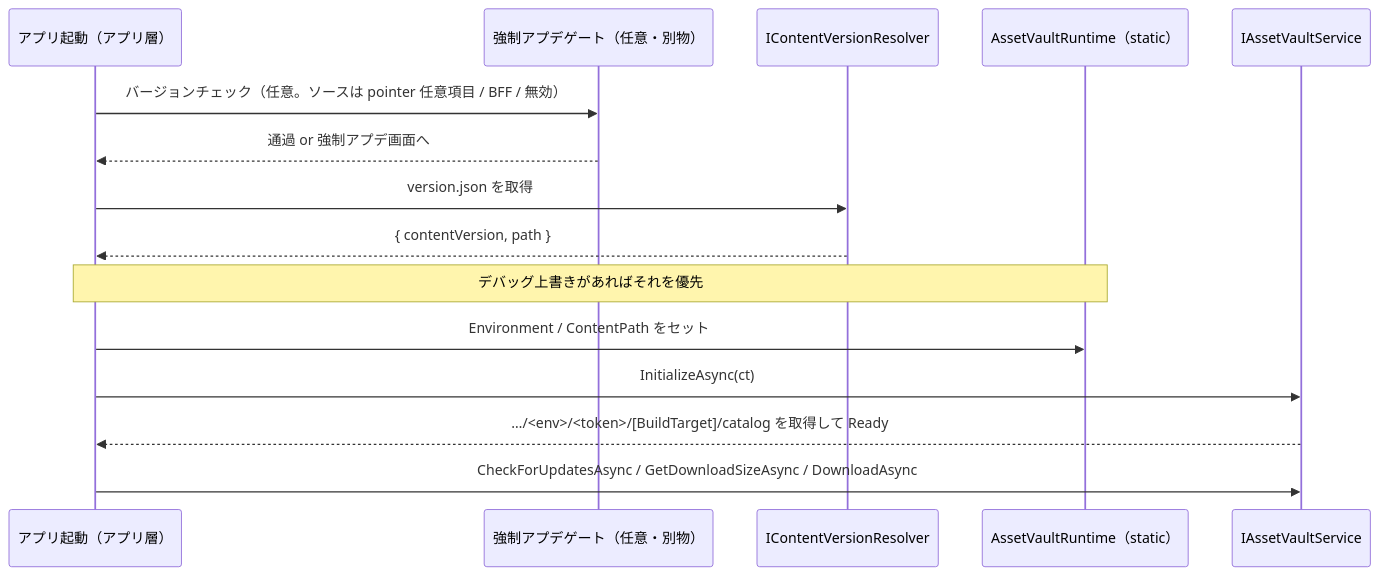
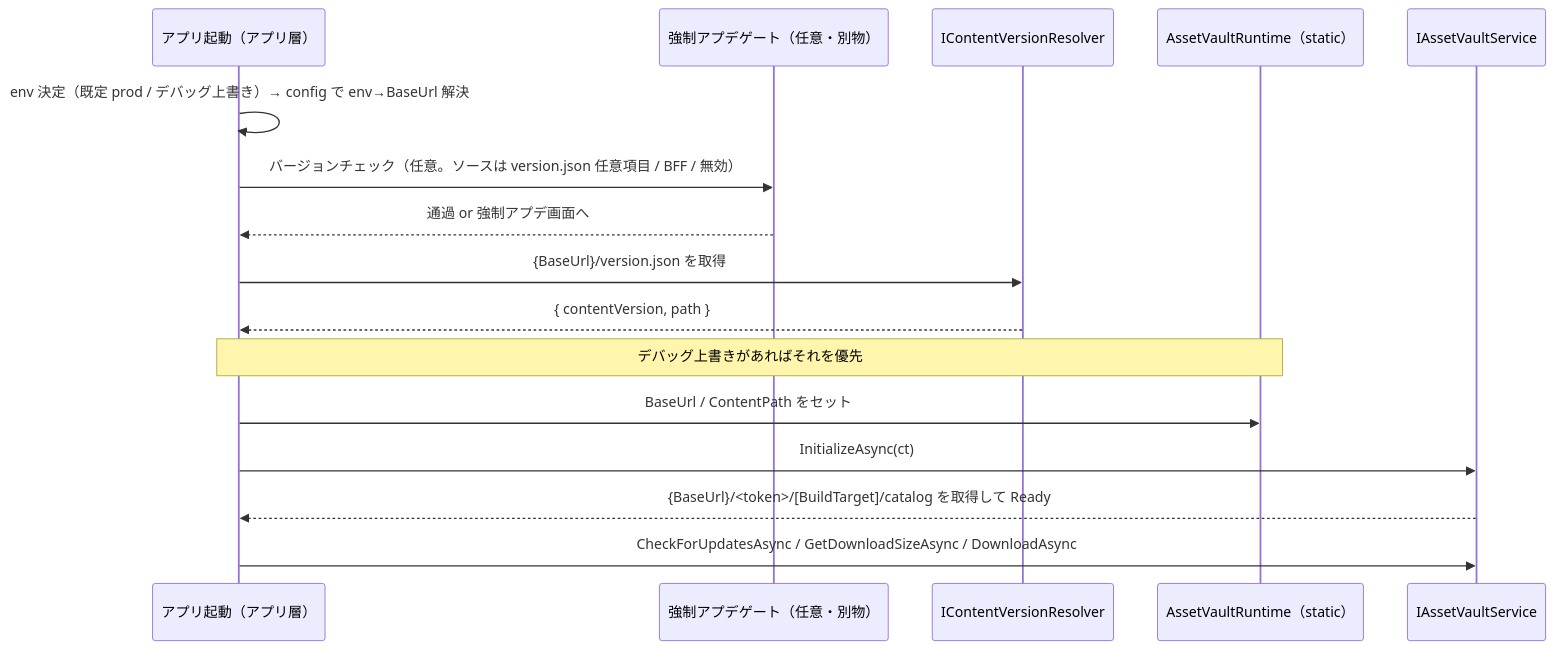
The diagram in docs/design-unilab-asset-cdn.md (MasaKoha/UniLab), drawn with Mermaid before and after one commit. The commit also changed other lines of this file and 4 other files, not shown here.

Commit message:
refactor: 環境をホスト込み BaseUrl 方式に統一し CDN 設計書を更新

````diff
--- a/docs/design-unilab-asset-cdn.md
+++ b/docs/design-unilab-asset-cdn.md
@@ -72,18 +140,19 @@
 ```mermaid
 sequenceDiagram
     participant App as アプリ起動（アプリ層）
     participant Gate as 強制アプデゲート（任意・別物）
     participant Res as IContentVersionResolver
     participant RT as AssetVaultRuntime（static）
     participant AV as IAssetVaultService
 
-    App->>Gate: バージョンチェック（任意。ソースは pointer 任意項目 / BFF / 無効）
+    App->>App: env 決定（既定 prod / デバッグ上書き）→ config で env→BaseUrl 解決
+    App->>Gate: バージョンチェック（任意。ソースは version.json 任意項目 / BFF / 無効）
     Gate-->>App: 通過 or 強制アプデ画面へ
-    App->>Res: version.json を取得
+    App->>Res: {BaseUrl}/version.json を取得
     Res-->>App: { contentVersion, path }
     Note over App,RT: デバッグ上書きがあればそれを優先
-    App->>RT: Environment / ContentPath をセット
+    App->>RT: BaseUrl / ContentPath をセット
     App->>AV: InitializeAsync(ct)
-    AV-->>App: …/<env>/<token>/[BuildTarget]/catalog を取得して Ready
+    AV-->>App: {BaseUrl}/<token>/[BuildTarget]/catalog を取得して Ready
     App->>AV: CheckForUpdatesAsync / GetDownloadSizeAsync / DownloadAsync
 ```
````
